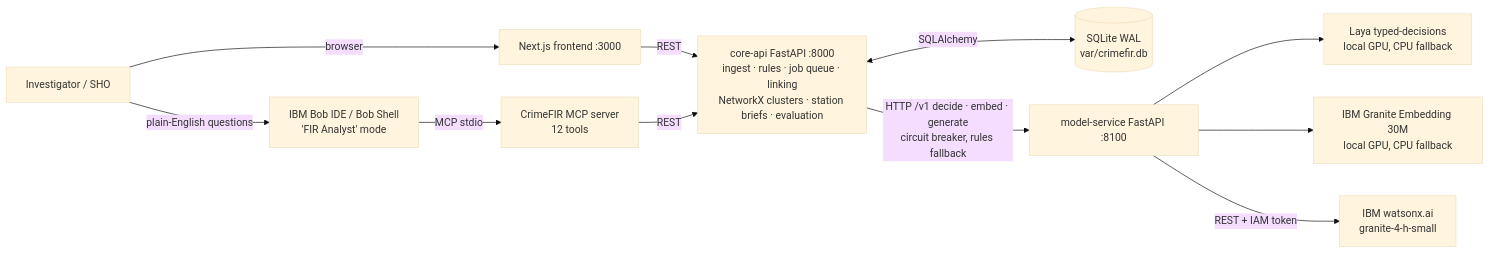
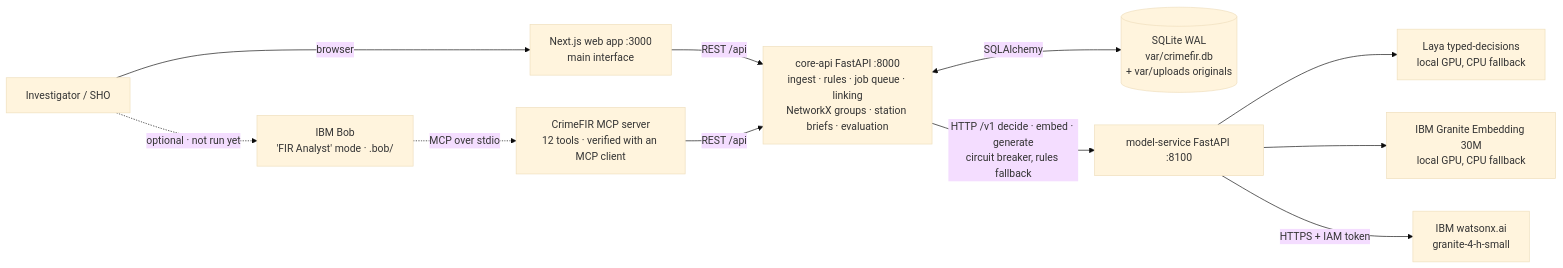
The first of 2 diagrams in docs/architecture.md (raj-patel-2608/bob-ai-hackathon-code-and-chaos), drawn with Mermaid (base theme) before and after one commit. The commit also changed other lines of this file and 27 other files, not shown here.

First line of the commit message:
docs: describe the real architecture; verify MCP end-to-end; new screenshots and slides; graph auto-fit

````diff
--- a/docs/architecture.md
+++ b/docs/architecture.md
@@ -6,13 +7,13 @@
 ```mermaid
 graph LR
-    U[Investigator / SHO] -->|browser| FE[Next.js frontend :3000]
-    U -->|plain-English questions| BOB[IBM Bob IDE / Bob Shell<br/>'FIR Analyst' mode]
-    BOB -->|MCP stdio| MCP[CrimeFIR MCP server<br/>12 tools]
-    FE -->|REST| API[core-api FastAPI :8000<br/>ingest · rules · job queue · linking<br/>NetworkX clusters · station briefs · evaluation]
-    MCP -->|REST| API
-    API <-->|SQLAlchemy| DB[(SQLite WAL<br/>var/crimefir.db)]
+    U[Investigator / SHO] -->|browser| FE[Next.js web app :3000<br/>main interface]
+    FE -->|REST /api| API[core-api FastAPI :8000<br/>ingest · rules · job queue · linking<br/>NetworkX groups · station briefs · evaluation]
+    API <-->|SQLAlchemy| DB[(SQLite WAL<br/>var/crimefir.db<br/>+ var/uploads originals)]
     API -->|HTTP /v1 decide · embed · generate<br/>circuit breaker, rules fallback| MS[model-service FastAPI :8100]
     MS --> LAYA[Laya typed-decisions<br/>local GPU, CPU fallback]
     MS --> EMB[IBM Granite Embedding 30M<br/>local GPU, CPU fallback]
-    MS -->|REST + IAM token| WX[IBM watsonx.ai<br/>granite-4-h-small]
+    MS -->|HTTPS + IAM token| WX[IBM watsonx.ai<br/>granite-4-h-small]
+    U -.->|optional · not run yet| BOB[IBM Bob<br/>'FIR Analyst' mode · .bob/]
+    BOB -.->|MCP over stdio| MCP[CrimeFIR MCP server<br/>12 tools · verified with an MCP client]
+    MCP -->|REST /api| API
 ```
````
